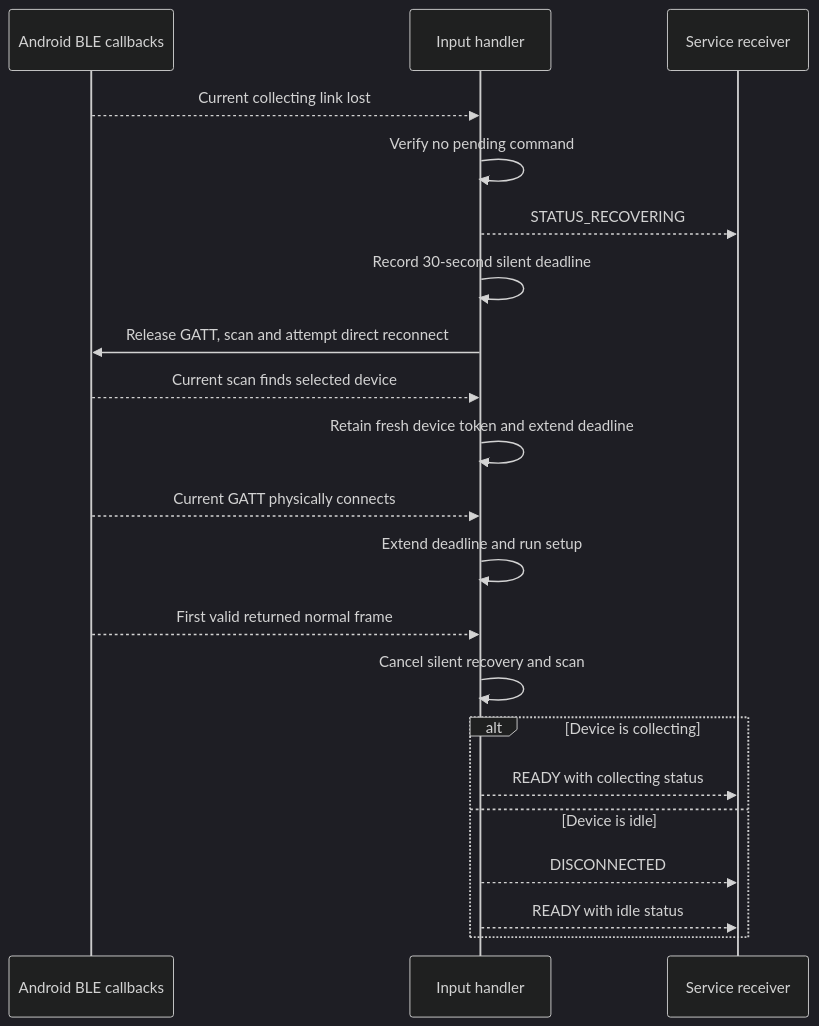
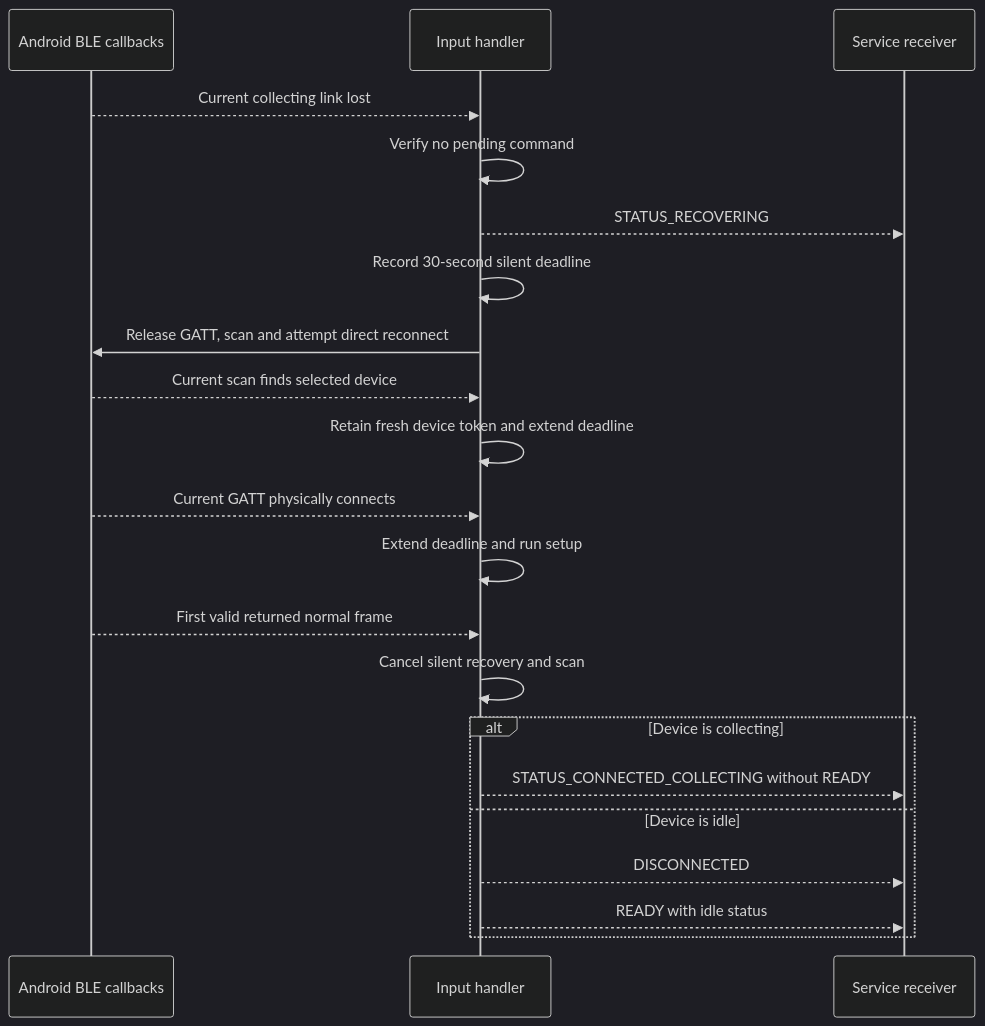
Before and after one commit to Am6er/AtomSpectra: the sixth of 8 diagrams in docs/bluz-threading.md, drawn with Mermaid (dark theme). The commit also changed other lines of this file and 7 other files, not shown here.

````diff
--- a/docs/bluz-threading.md
+++ b/docs/bluz-threading.md
@@ -292,23 +295,23 @@
 ```mermaid
 sequenceDiagram
     participant Android as Android BLE callbacks
     participant Owner as Input handler
     participant Service as Service receiver
     Android-->>Owner: Current collecting link lost
     Owner->>Owner: Verify no pending command
     Owner-->>Service: STATUS_RECOVERING
     Owner->>Owner: Record 30-second silent deadline
     Owner->>Android: Release GATT, scan and attempt direct reconnect
     Android-->>Owner: Current scan finds selected device
     Owner->>Owner: Retain fresh device token and extend deadline
     Android-->>Owner: Current GATT physically connects
     Owner->>Owner: Extend deadline and run setup
     Android-->>Owner: First valid returned normal frame
     Owner->>Owner: Cancel silent recovery and scan
     alt Device is collecting
-        Owner-->>Service: READY with collecting status
+        Owner-->>Service: STATUS_CONNECTED_COLLECTING without READY
     else Device is idle
         Owner-->>Service: DISCONNECTED
         Owner-->>Service: READY with idle status
     end
 ```
````
